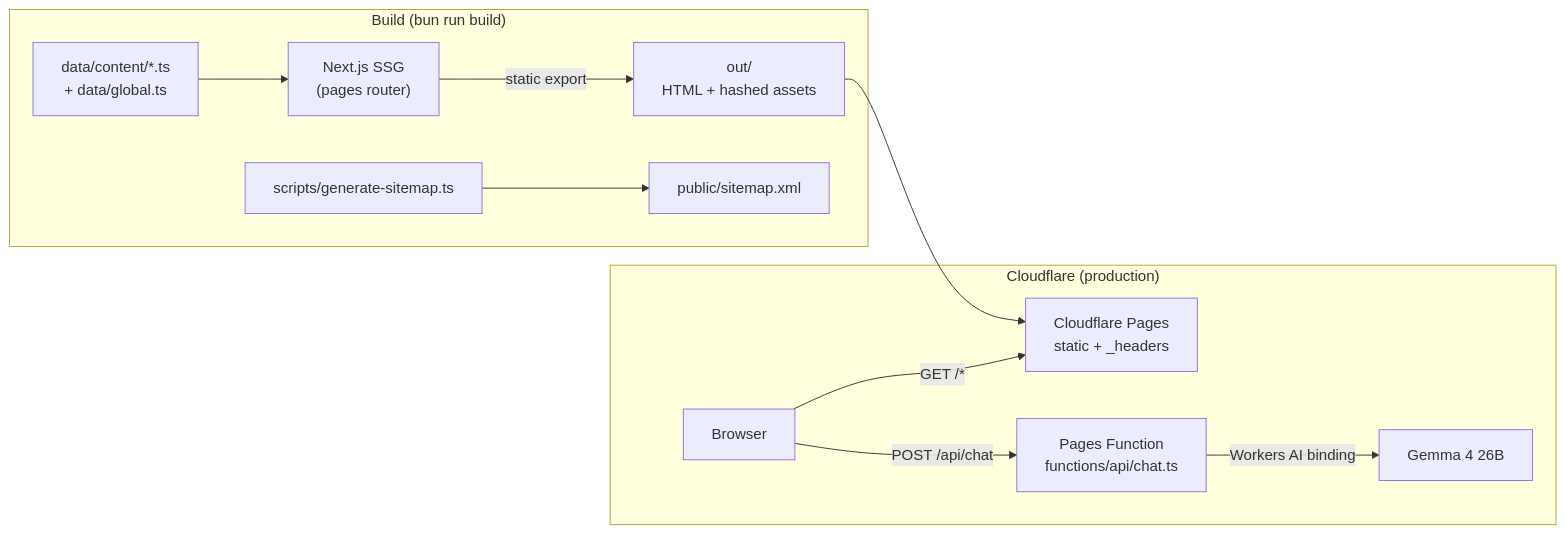
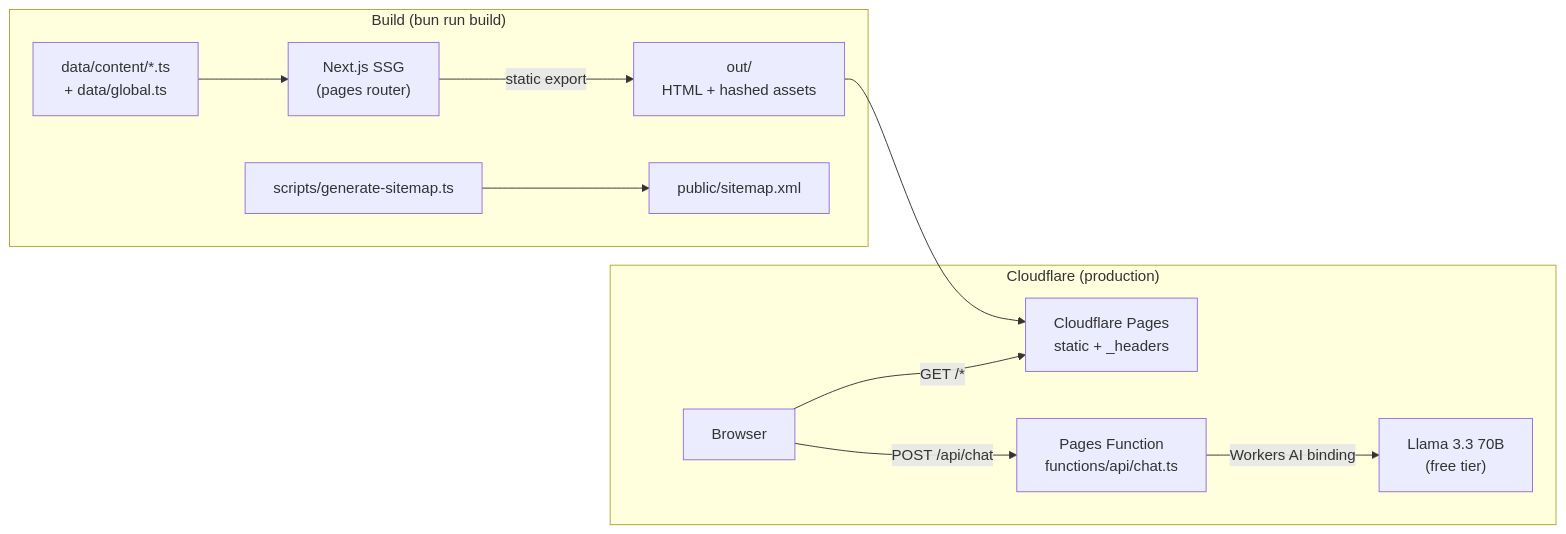
The diagram in README.md (bisug/bisu-portfolio), drawn with Mermaid before and after one commit. The commit also changed other lines of this file and 2 other files, not shown here.

Commit message:
Reverted back to Llama 3.3 70B FP8 Fast.

````diff
--- a/README.md
+++ b/README.md
@@ -39,15 +39,15 @@
 ```mermaid
 flowchart LR
     subgraph build["Build (bun run build)"]
         data["data/content/*.ts<br/>+ data/global.ts"] --> next["Next.js SSG<br/>(pages router)"]
         next -->|static export| out["out/<br/>HTML + hashed assets"]
         scripts["scripts/generate-sitemap.ts"] --> sitemap["public/sitemap.xml"]
     end
 
     subgraph edge["Cloudflare (production)"]
         out --> pages["Cloudflare Pages<br/>static + _headers"]
         visitor["Browser"] -->|GET /*| pages
         visitor -->|POST /api/chat| fn["Pages Function<br/>functions/api/chat.ts"]
-        fn -->|Workers AI binding| ai["Gemma 4 26B"]
+        fn -->|Workers AI binding| ai["Llama 3.3 70B<br/>(free tier)"]
     end
 ```
````
